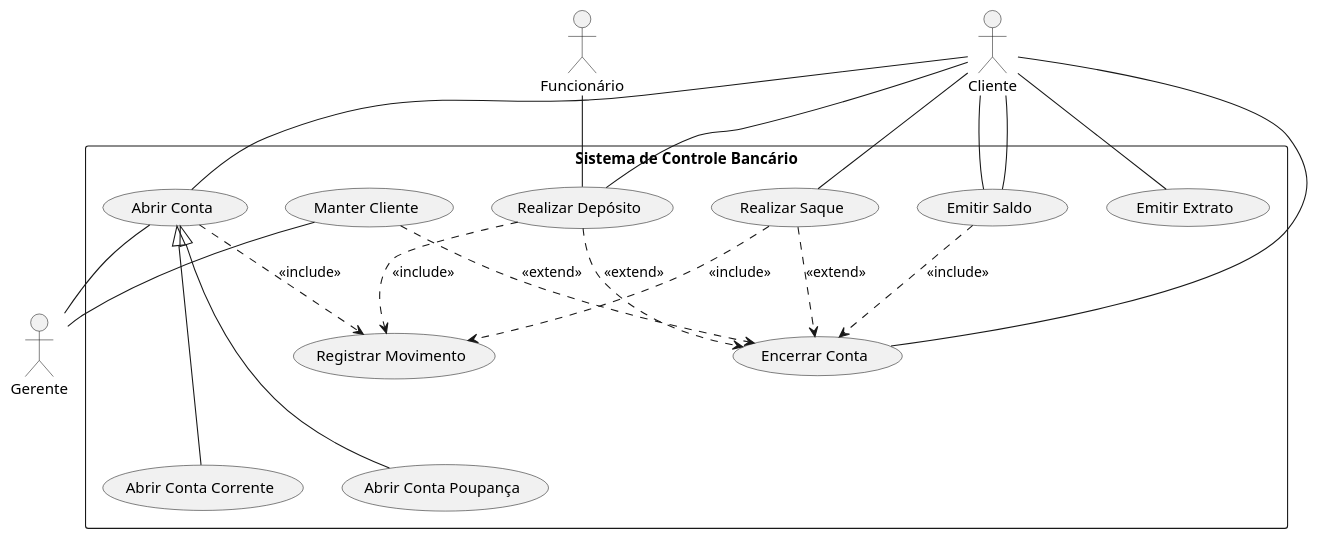
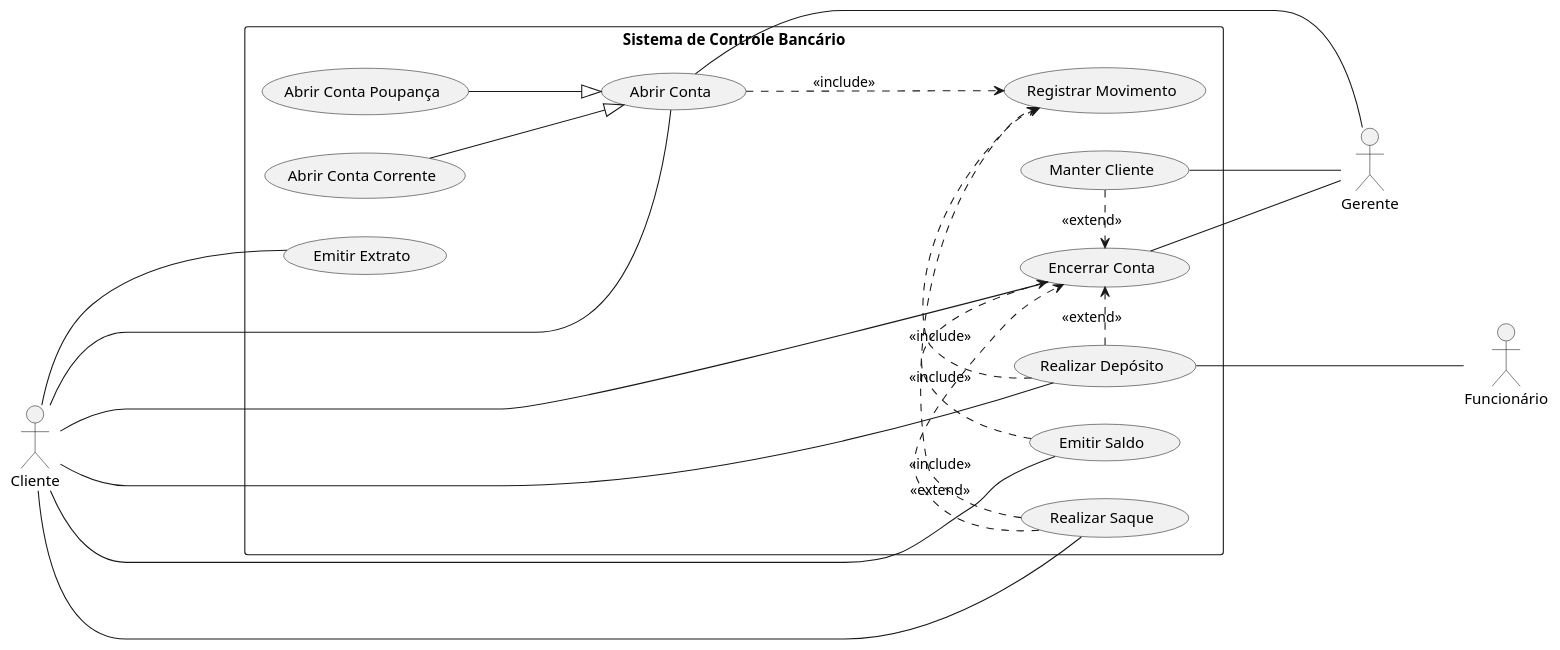
Before and after one commit to LeonardoVieiraGuimaraes/OrientacaoObjetos: the diagram in ModelagemCasoUso/SistemaControleBancario.puml, drawn with PlantUML. The commit also changed 11 other files, not shown here.

```diff
--- a/ModelagemCasoUso/SistemaControleBancario.puml
+++ b/ModelagemCasoUso/SistemaControleBancario.puml
@@ -1,58 +1,63 @@
 @startuml Banco
 
 
-
+left to right direction
 actor "Cliente" as Cliente
 actor "Funcionário" as Funcionario
 actor "Gerente" as Gerente
 
     rectangle "Sistema de Controle Bancário" {
+       
+        
+
         usecase "Abrir Conta" as AbrirConta
         usecase "Abrir Conta Corrente" as AbrirContaCorrente
         usecase "Abrir Conta Poupança" as AbrirContaPoupança
+        usecase "Registrar Movimento" as RegistrarMovimento
+        usecase "Emitir Extrato" as EmitirExtrato
+        usecase "Emitir Saldo" as EmitirSaldo
+        usecase "Encerrar Conta" as EncerrarConta  
         usecase "Manter Cliente" as ManterCliente
         usecase "Realizar Depósito" as RealizarDeposito
         usecase "Realizar Saque" as RealizarSaque
-        usecase "Emitir Saldo" as EmitirSaldo
-        usecase "Emitir Extrato" as EmitirExtrato
-        usecase "Encerrar Conta" as EncerrarConta        
-        usecase "Registrar Movimento" as RegistrarMovimento
+        
 
-        :Cliente: -- (AbrirConta)
-        :Cliente: -- (EmitirExtrato)
+        :Cliente: ---- (AbrirConta) 
+        :Cliente: ---- (EmitirExtrato)
+        :Cliente: ---- (RealizarDeposito)
+        :Cliente: ---- (RealizarSaque)
         :Cliente: -- (EncerrarConta)
-        :Cliente: -- (RealizarDeposito)
-        :Cliente: -- (RealizarSaque)
-        :Cliente: -- (EmitirSaldo)
         :Cliente: -- (EmitirSaldo)
         
-        (AbrirConta) - :Gerente:
-        (ManterCliente)  -- :Gerente:
-            
-        :Funcionario: -- (RealizarDeposito)
+        
+        (AbrirConta) ---- :Gerente:
+        (ManterCliente)  --- :Gerente:
+        (EncerrarConta)  --- :Gerente:
+        (RealizarDeposito) ---- :Funcionario:
         
        
+       
+        (AbrirContaCorrente) ---|> (AbrirConta)  
+        (AbrirContaPoupança)  ---|> (AbrirConta)
+        (AbrirConta) ...> (RegistrarMovimento): <<include>>
+        
 
-        (AbrirConta) <|--down- (AbrirContaCorrente) 
-        (AbrirConta) <|--down- (AbrirContaPoupança)
-        (RealizarSaque) ..> (EncerrarConta): <<extend>>
-        (RealizarDeposito) ..> (EncerrarConta): <<extend>>
-        (EmitirSaldo) ..> (EncerrarConta): <<include>>
-        (ManterCliente) ..> (EncerrarConta): <<extend>>
-
-
+        (EmitirSaldo) .> (EncerrarConta): <<include>>
+        (RealizarSaque) .> (EncerrarConta): <<extend>>
+        (RealizarDeposito) .> (EncerrarConta): <<extend>>
+        
+        (ManterCliente) .> (EncerrarConta): <<extend>>
        
-        (AbrirConta) ..> (RegistrarMovimento): <<include>>
-        (RealizarDeposito) ..> (RegistrarMovimento): <<include>>
-        (RealizarSaque) ..> (RegistrarMovimento): <<include>>
+        (RealizarDeposito) .> (RegistrarMovimento): <<include>>
+        (RealizarSaque) .> (RegistrarMovimento): <<include>>
 
 
 
        
       
        
         
 
     }
 }
 @enduml
```
